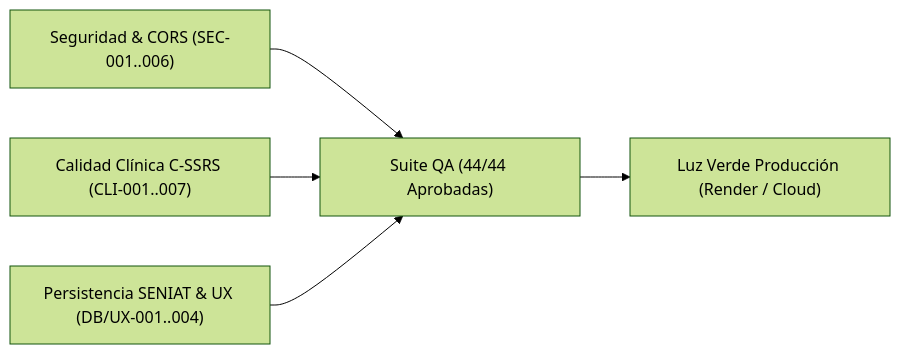
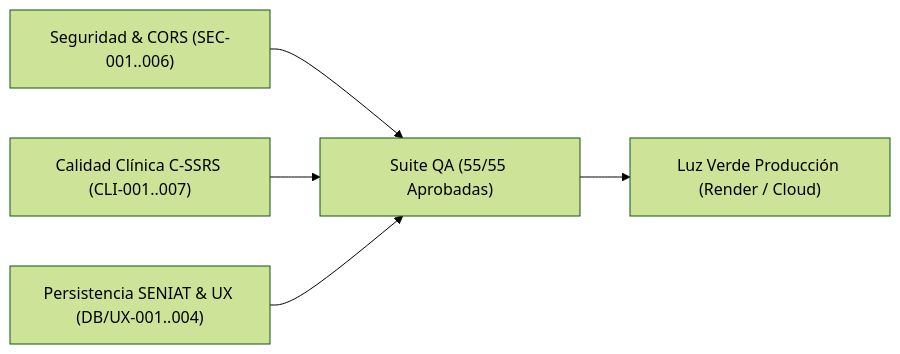
One commit to loki0923/psico-notes-clinical changed diagram 26 of 28 in arquitectura.md. Above: the diagram before and after it, drawn with Mermaid (forest theme). The commit also changed other lines of this file and 5 other files, not shown here.

````diff
--- a/arquitectura.md
+++ b/arquitectura.md
@@ -1680,7 +1710,7 @@
 ```mermaid
 flowchart LR
-    A["Seguridad & CORS (SEC-001..006)"] --> D["Suite QA (44/44 Aprobadas)"]
+    A["Seguridad & CORS (SEC-001..006)"] --> D["Suite QA (55/55 Aprobadas)"]
     B["Calidad Clínica C-SSRS (CLI-001..007)"] --> D
     C["Persistencia SENIAT & UX (DB/UX-001..004)"] --> D
     D --> E["Luz Verde Producción (Render / Cloud)"]
 ```
````
